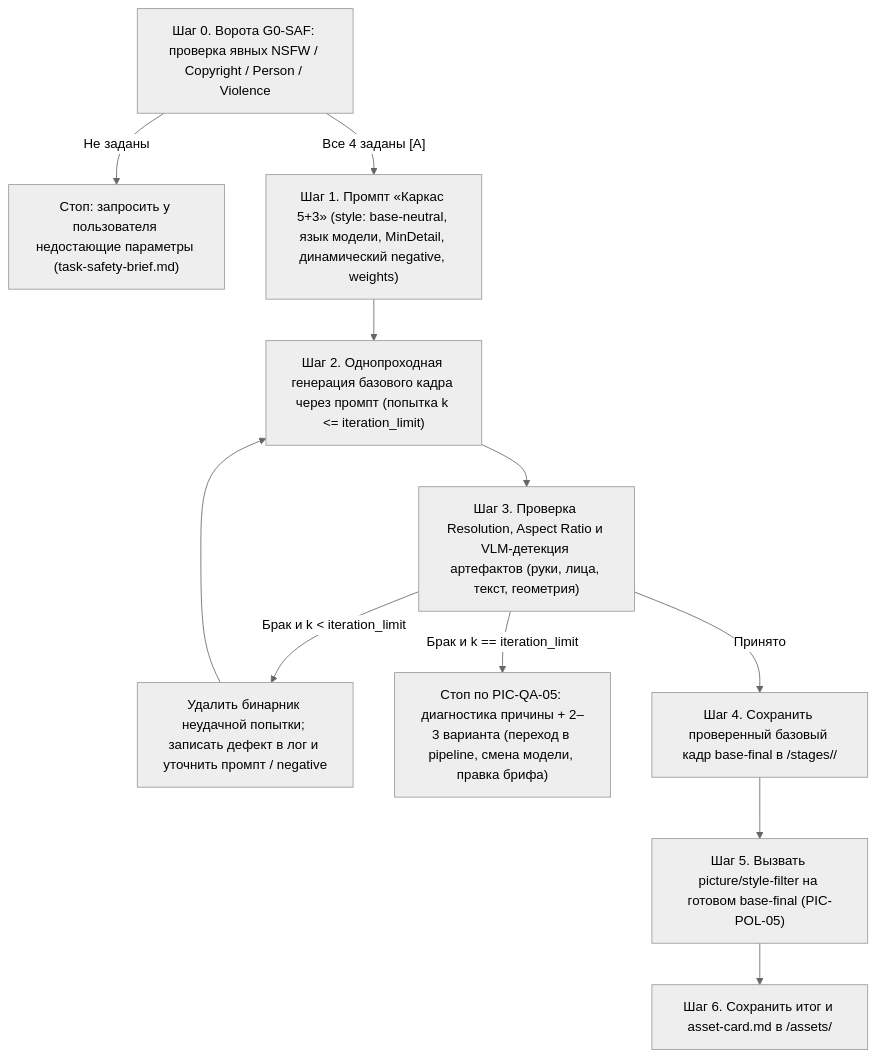
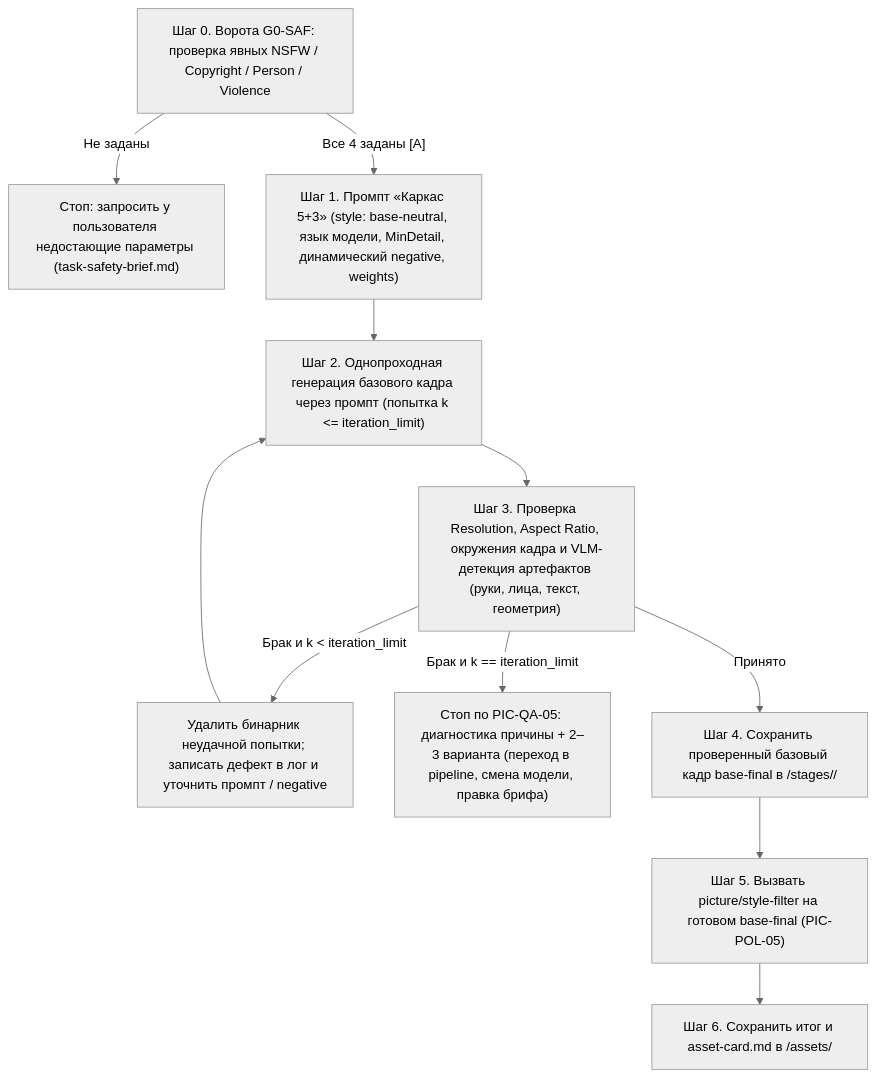
One commit to Multfinite/HYAI changed the diagram in HYAI/core/domains/picture/workflows/instant.md. Above: the diagram before and after it, drawn with Mermaid (neutral theme). The commit also changed other lines of this file and 13 other files, not shown here.

````diff
--- a/HYAI/core/domains/picture/workflows/instant.md
+++ b/HYAI/core/domains/picture/workflows/instant.md
@@ -16,13 +16,13 @@
 ```mermaid
 flowchart TD
     G0["Шаг 0. Ворота G0-SAF: проверка явных NSFW / Copyright / Person / Violence"] -->|"Не заданы"| ASK["Стоп: запросить у пользователя недостающие параметры (task-safety-brief.md)"]
     G0 -->|"Все 4 заданы [А]"| P1["Шаг 1. Промпт «Каркас 5+3» (style: base-neutral, язык модели, MinDetail, динамический negative, weights)"]
     P1 --> GEN["Шаг 2. Однопроходная генерация базового кадра через промпт (попытка k <= iteration_limit)"]
-    GEN --> VLM["Шаг 3. Проверка Resolution, Aspect Ratio и VLM-детекция артефактов (руки, лица, текст, геометрия)"]
+    GEN --> VLM["Шаг 3. Проверка Resolution, Aspect Ratio, окружения кадра и VLM-детекция артефактов (руки, лица, текст, геометрия)"]
     VLM -->|"Брак и k < iteration_limit"| DEL["Удалить бинарник неудачной попытки; записать дефект в лог и уточнить промпт / negative"]
     DEL --> GEN
     VLM -->|"Брак и k == iteration_limit"| HALT["Стоп по PIC-QA-05: диагностика причины + 2–3 варианта (переход в pipeline, смена модели, правка брифа)"]
     VLM -->|"Принято"| SAVE_BASE["Шаг 4. Сохранить проверенный базовый кадр base-final в <picture_root>/stages/<slug>/"]
     SAVE_BASE --> STYLE["Шаг 5. Вызвать picture/style-filter на готовом base-final (PIC-POL-05)"]
     STYLE --> ASSET["Шаг 6. Сохранить итог и asset-card.md в <picture_root>/assets/"]
 ```
````
